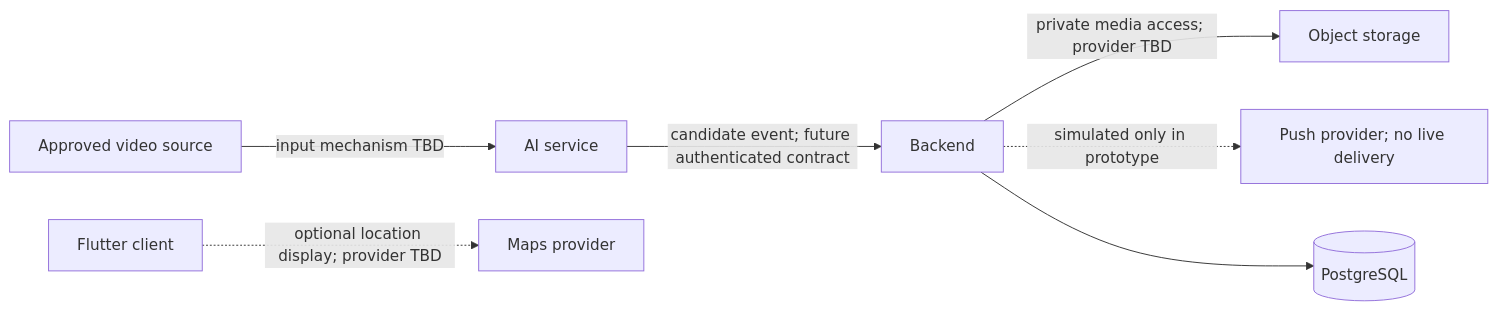
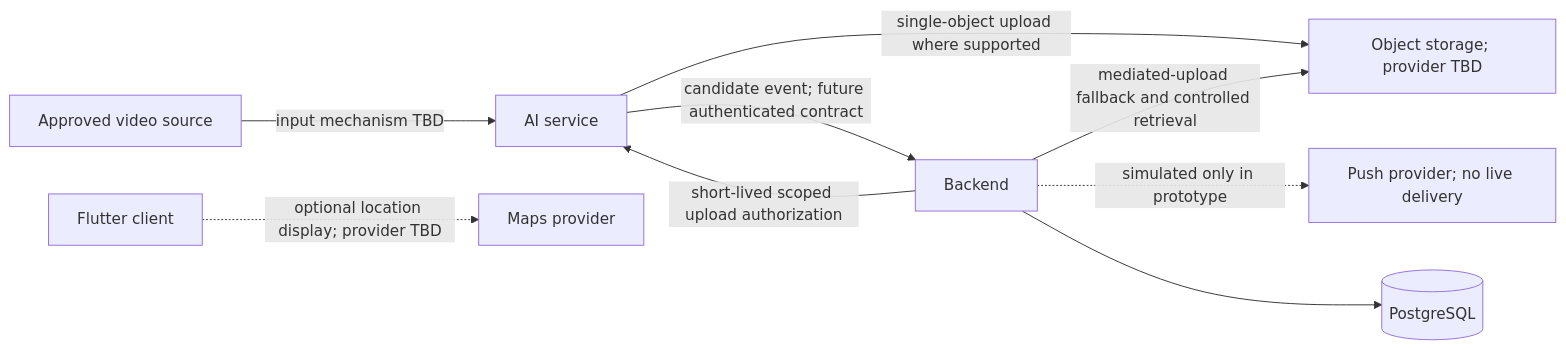
Before and after one commit to rajatchouksey615-alt/ResQVision: the third of 3 diagrams in docs/architecture/system_architecture.md, drawn with Mermaid. The commit also changed other lines of this file and 35 other files, not shown here.

Commit message:
docs: refine system architecture and response workflows

```diff
--- a/docs/architecture/system_architecture.md
+++ b/docs/architecture/system_architecture.md
@@ -75,9 +108,11 @@
 ~~~mermaid
 flowchart LR
     Source[Approved video source] -->|input mechanism TBD| AI[AI service]
     AI -->|candidate event; future authenticated contract| API[Backend]
-    API -->|private media access; provider TBD| Storage[Object storage]
+    API -->|short-lived scoped upload authorization| AI
+    AI -->|single-object upload where supported| Storage[Object storage; provider TBD]
+    API -->|mediated-upload fallback and controlled retrieval| Storage
     API -.->|simulated only in prototype| FCM[Push provider; no live delivery]
     Mobile[Flutter client] -.->|optional location display; provider TBD| Maps[Maps provider]
     API --> DB[(PostgreSQL)]
 ~~~
```
